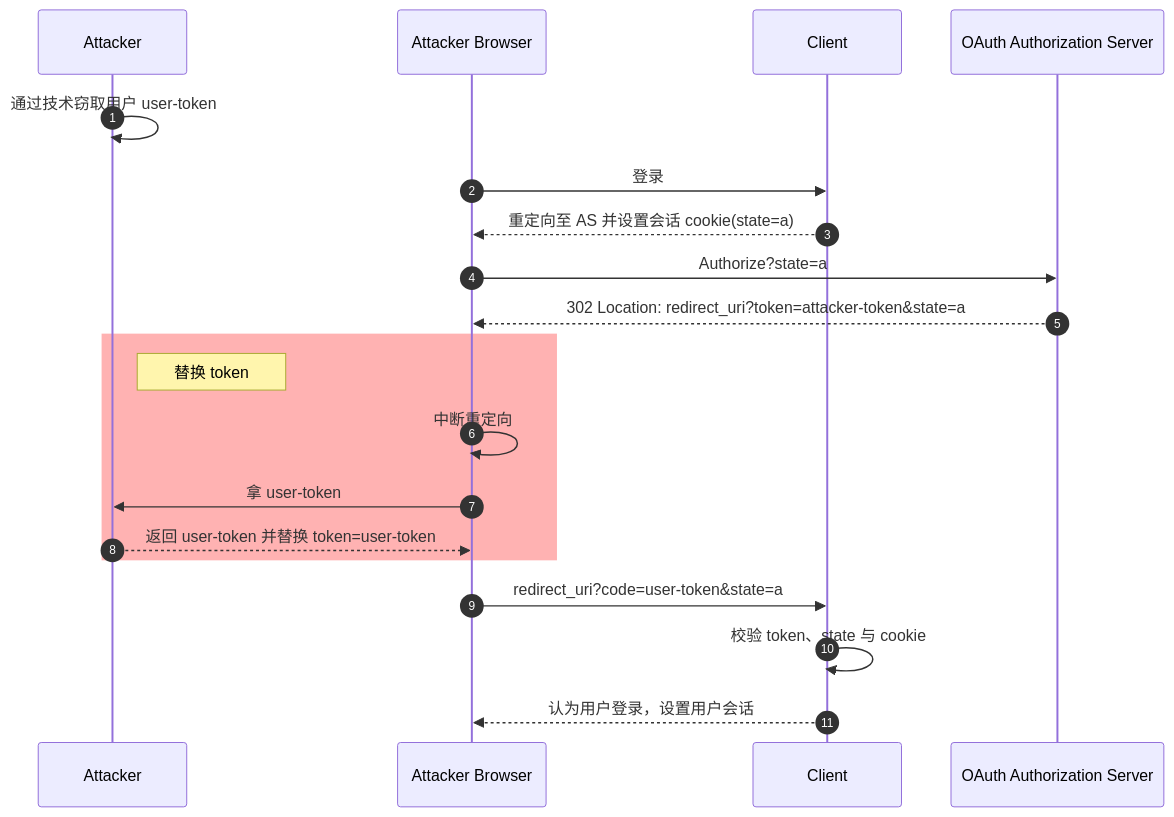
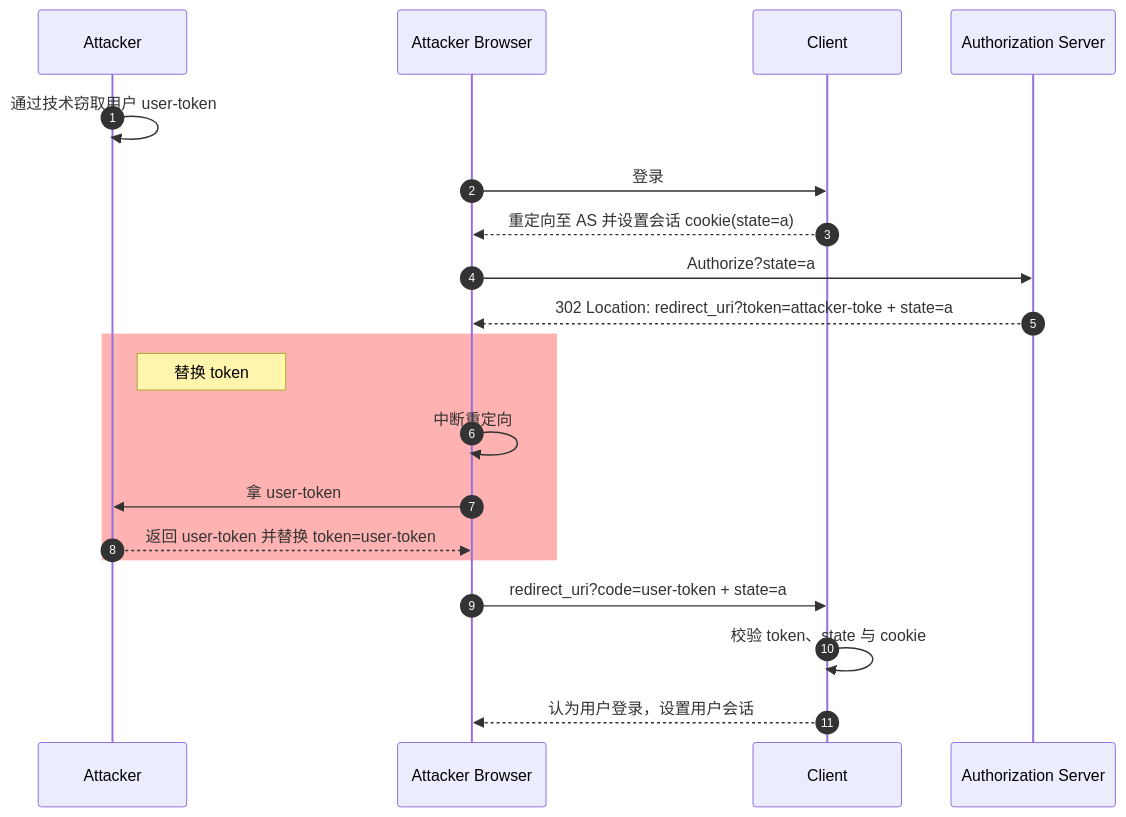
The fifth of 9 diagrams in posts/oauth-best-practice/readme.md (lsj9383/blog), drawn with Mermaid before and after one commit. The commit also changed other lines of this file, not shown here.

````diff
--- a/posts/oauth-best-practice/readme.md
+++ b/posts/oauth-best-practice/readme.md
@@ -478,24 +489,24 @@
 ```mermaid
 sequenceDiagram
 autonumber
 
 participant attacker as Attacker
 participant attacker_browser as Attacker Browser
 participant client as Client
-participant authz_server as OAuth Authorization Server
+participant authz_server as Authorization Server
 
 attacker ->> attacker: 通过技术窃取用户 user-token
 attacker_browser ->> client: 登录
 client -->> attacker_browser: 重定向至 AS 并设置会话 cookie(state=a)
 attacker_browser ->> authz_server: Authorize?state=a
-authz_server -->> attacker_browser: 302 Location: redirect_uri?token=attacker-token&state=a
+authz_server -->> attacker_browser: 302 Location: redirect_uri?token=attacker-toke + state=a
 rect rgb(255, 0, 0, .3)
     Note right of attacker: 替换 token
     attacker_browser ->> attacker_browser: 中断重定向
     attacker_browser ->> attacker: 拿 user-token
     attacker -->> attacker_browser: 返回 user-token 并替换 token=user-token
 end
-attacker_browser ->> client: redirect_uri?code=user-token&state=a
+attacker_browser ->> client: redirect_uri?code=user-token + state=a
 client ->> client: 校验 token、state 与 cookie
 client -->> attacker_browser: 认为用户登录，设置用户会话
 ```
````
